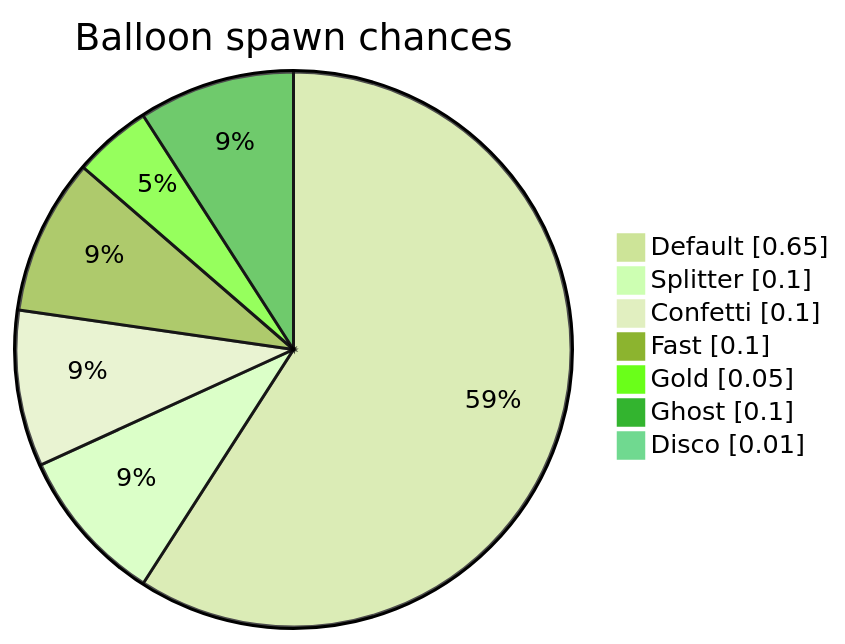
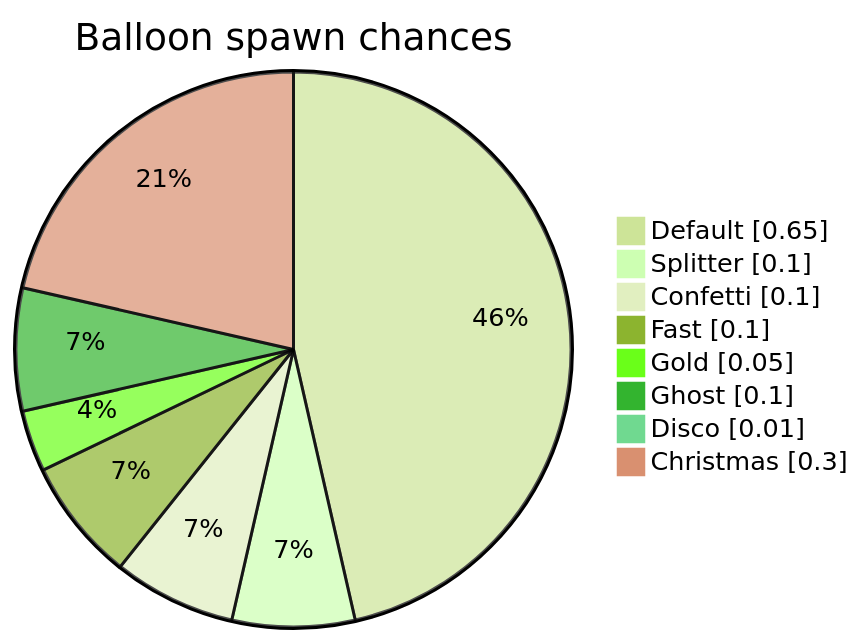
Before and after one commit to SimonStnn/pop-a-loon: the first of 3 diagrams in docs/README.md, drawn with Mermaid (forest theme). The commit also changed other lines of this file and 14 other files, not shown here.

````diff
--- a/docs/README.md
+++ b/docs/README.md
@@ -274,11 +275,12 @@
 ```mermaid
 pie showData
 title Balloon spawn chances
    "Default" : 0.65
    "Splitter": 0.10
    "Confetti" : 0.10
    "Fast": 0.10
    "Gold": 0.05
    "Ghost": 0.10
    "Disco": 0.01
+   "Christmas": 0.3
 ```
````
